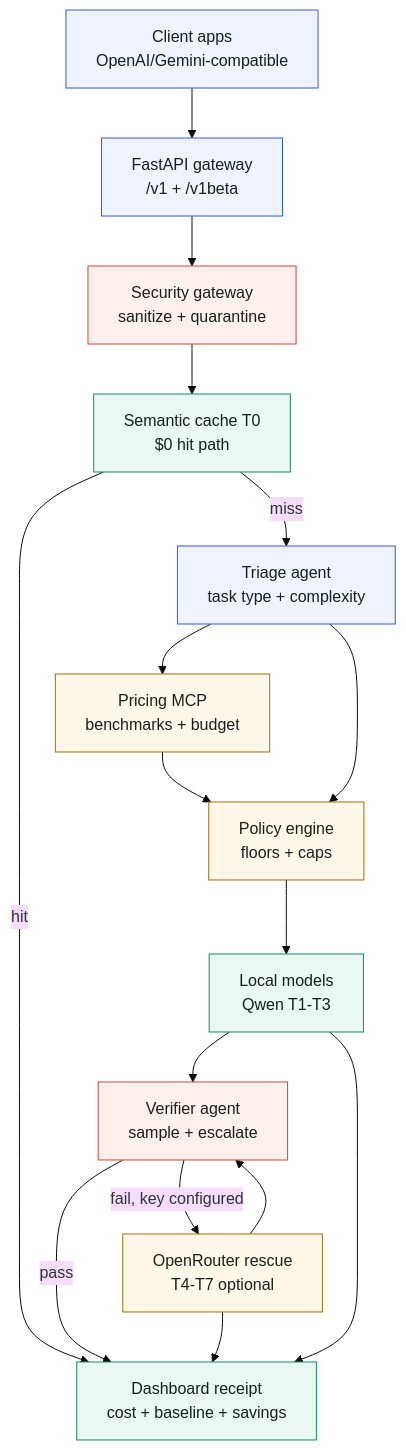
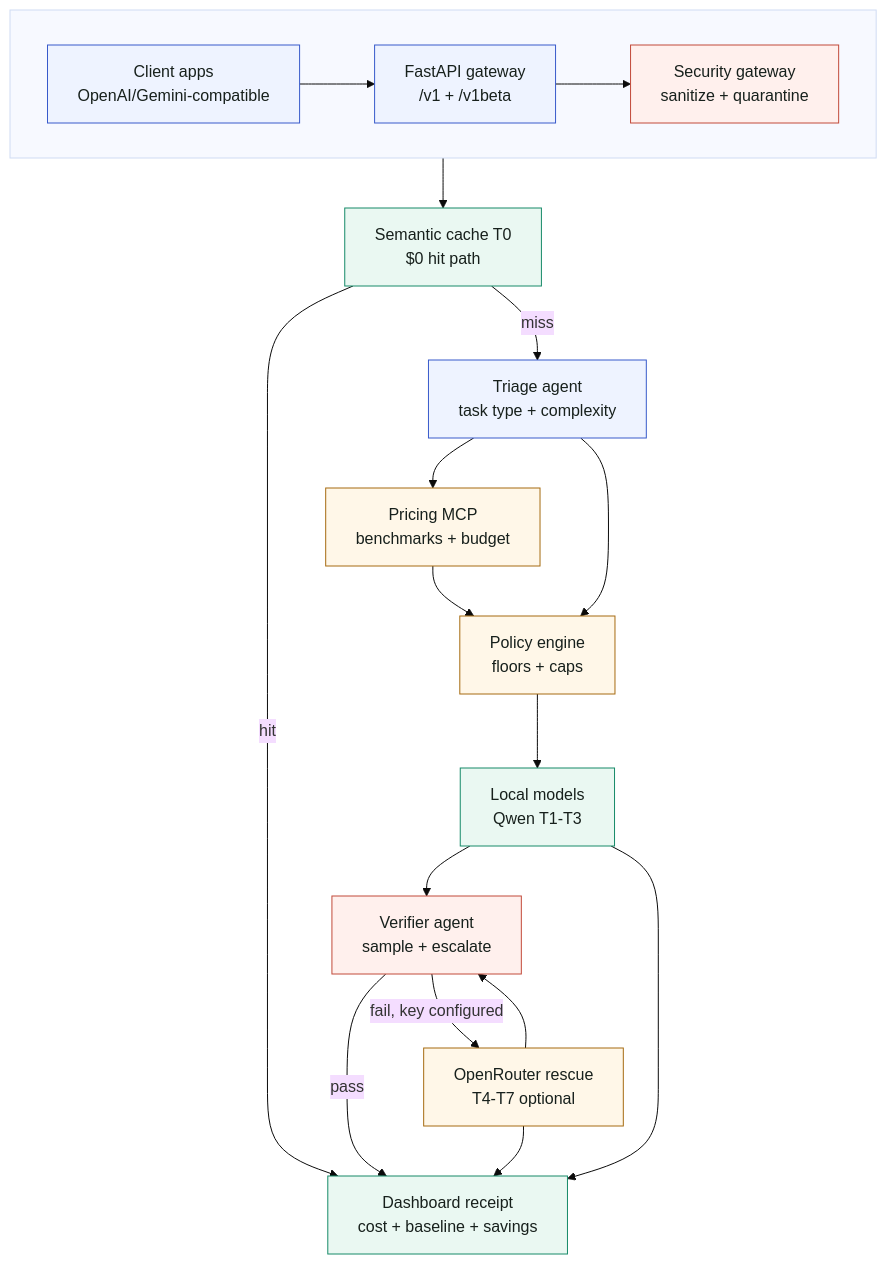
One commit to kirankigi5/tokentriage changed the diagram in README.md. Above: the diagram before and after it, drawn with Mermaid (base theme).

Commit message:
fix: Refactor flowchart in README to improve clarity and structure of the routing process

````diff
--- a/README.md
+++ b/README.md
@@ -152,36 +152,41 @@
 ```mermaid
 flowchart TD
-    Client["Client apps<br/>OpenAI/Gemini-compatible"]
-    Gateway["FastAPI gateway<br/>/v1 + /v1beta"]
-    Security["Security gateway<br/>sanitize + quarantine"]
+    subgraph Ingress[" "]
+      direction LR
+      Client["Client apps<br/>OpenAI/Gemini-compatible"]
+      Gateway["FastAPI gateway<br/>/v1 + /v1beta"]
+      Security["Security gateway<br/>sanitize + quarantine"]
+      Client --> Gateway --> Security
+    end
+
     Cache["Semantic cache T0<br/>$0 hit path"]
     Triage["Triage agent<br/>task type + complexity"]
     MCP["Pricing MCP<br/>benchmarks + budget"]
     Policy["Policy engine<br/>floors + caps"]
     Local["Local models<br/>Qwen T1-T3"]
     Verifier["Verifier agent<br/>sample + escalate"]
     OpenRouter["OpenRouter rescue<br/>T4-T7 optional"]
     Dashboard["Dashboard receipt<br/>cost + baseline + savings"]
 
-    Client --> Gateway --> Security --> Cache
+    Security --> Cache
     Cache -- hit --> Dashboard
     Cache -- miss --> Triage
     Triage --> MCP --> Policy
     Triage --> Policy
     Policy --> Local
     Local --> Verifier
     Verifier -- pass --> Dashboard
     Verifier -- "fail, key configured" --> OpenRouter --> Verifier
     Local --> Dashboard
     OpenRouter --> Dashboard
 
     classDef local fill:#eaf8f2,stroke:#168a68,color:#17201c
     classDef route fill:#eef3ff,stroke:#385acb,color:#17201c
     classDef guard fill:#fff0ed,stroke:#c24a3a,color:#17201c
     classDef policy fill:#fff7e8,stroke:#a66b11,color:#17201c
 
     class Cache,Local,Dashboard local
     class Client,Gateway,Triage route
     class Security,Verifier guard
     class MCP,Policy,OpenRouter policy
 ```
````
